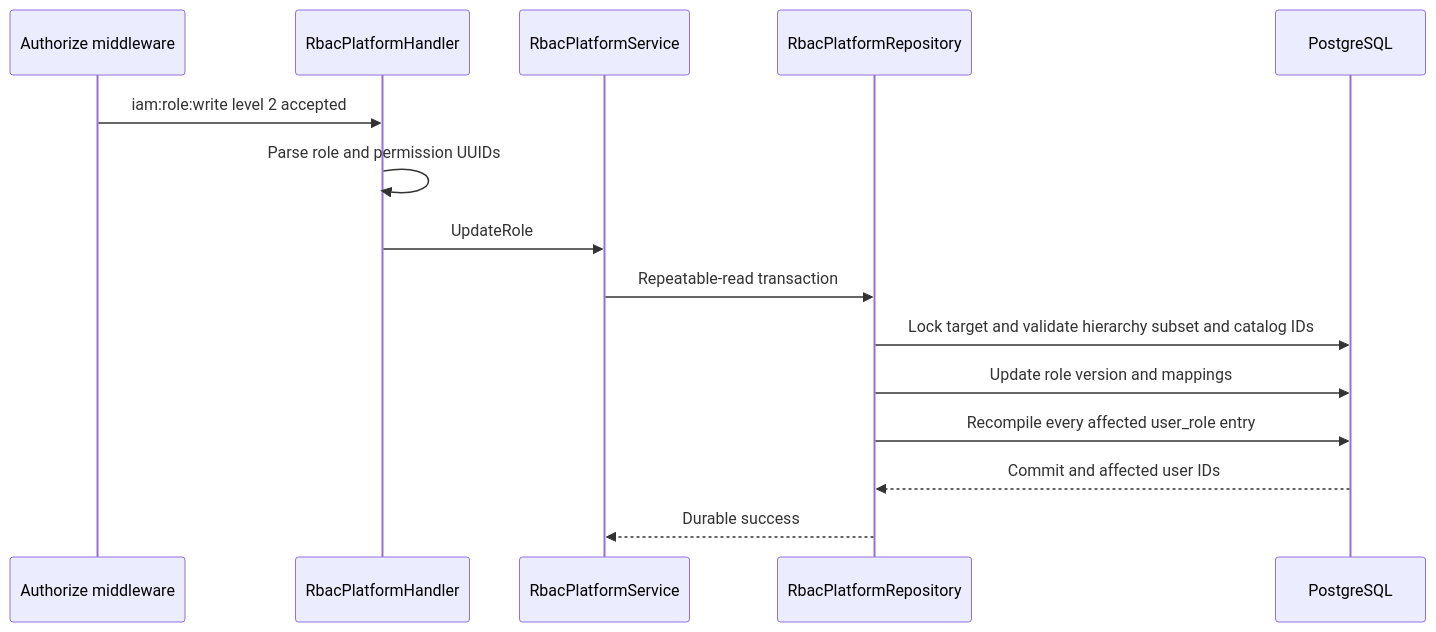
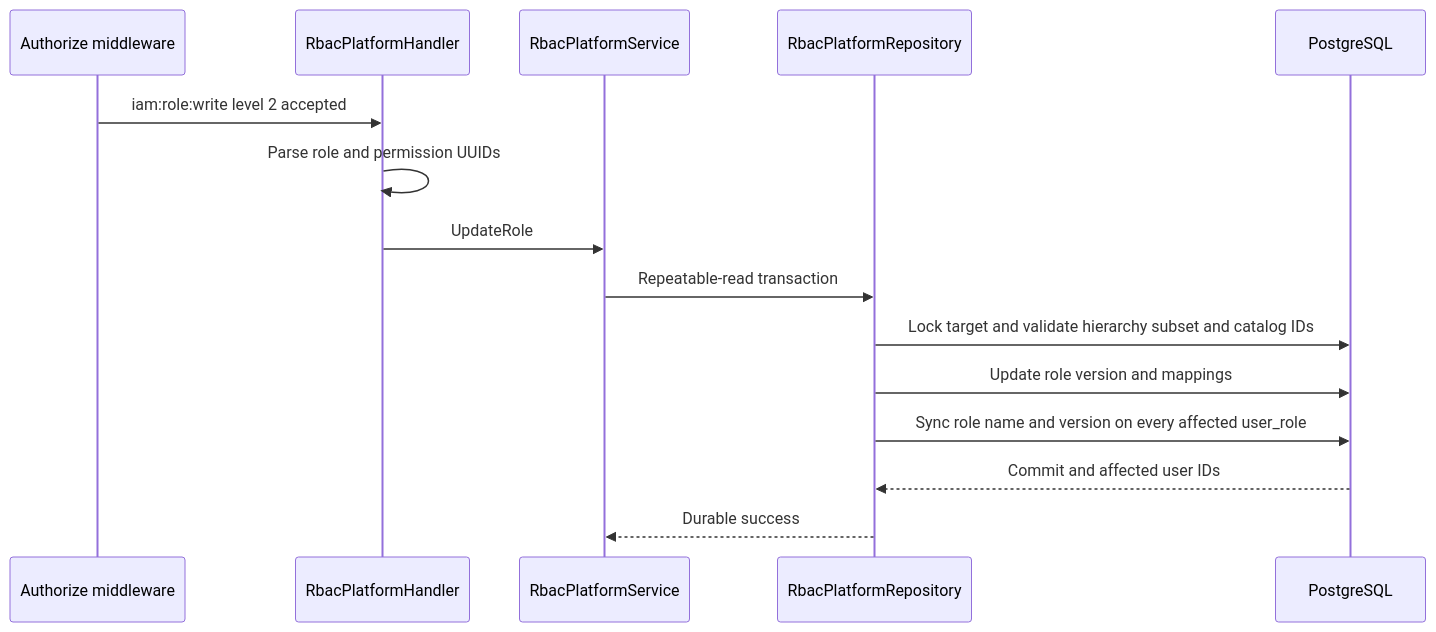
One commit to phucle996/aurora changed the second of 3 diagrams in god_view/iam/platform_role_update_god_view_workflow.md. Above: the diagram before and after it, drawn with Mermaid. The commit also changed other lines of this file and 132 other files, not shown here.

````diff
--- a/god_view/iam/platform_role_update_god_view_workflow.md
+++ b/god_view/iam/platform_role_update_god_view_workflow.md
@@ -34,18 +34,18 @@
 ```mermaid
 sequenceDiagram
     participant M as Authorize middleware
     participant H as RbacPlatformHandler
     participant S as RbacPlatformService
     participant Repo as RbacPlatformRepository
     participant DB as PostgreSQL
 
     M->>H: iam:role:write level 2 accepted
     H->>H: Parse role and permission UUIDs
     H->>S: UpdateRole
     S->>Repo: Repeatable-read transaction
     Repo->>DB: Lock target and validate hierarchy subset and catalog IDs
     Repo->>DB: Update role version and mappings
-    Repo->>DB: Recompile every affected user_role entry
+    Repo->>DB: Sync role name and version on every affected user_role
     DB-->>Repo: Commit and affected user IDs
     Repo-->>S: Durable success
 ```
````
